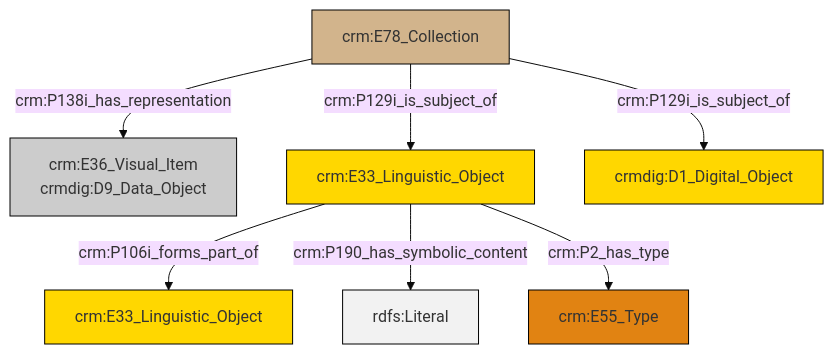
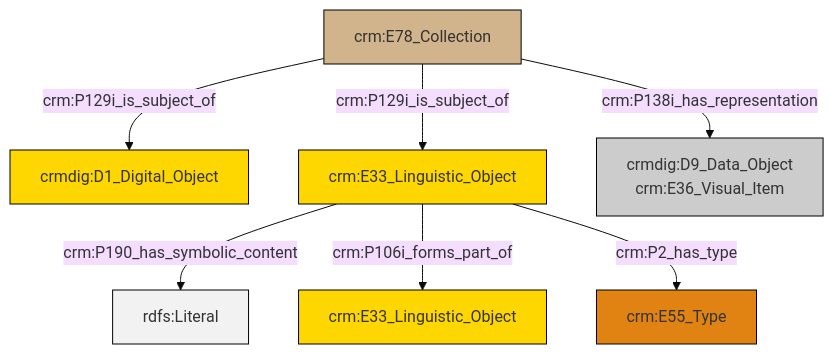
One commit to swiss-art-research-net/docs.swissartresearch changed the diagram in et/archivalCSV/ttl/mmd/archival_docs.ttl.mmd. Above: the diagram before and after it, drawn with Mermaid (base theme). The commit also changed 172 other files, not shown here.

```diff
--- a/et/archivalCSV/ttl/mmd/archival_docs.ttl.mmd
+++ b/et/archivalCSV/ttl/mmd/archival_docs.ttl.mmd
@@ -1,21 +1,21 @@
 graph TD
 classDef Literal fill:#f2f2f2,stroke:#000000;
 classDef CRM_Entity fill:#FFFFFF,stroke:#000000;
 classDef Temporal_Entity fill:#00C9E6, stroke:#000000;
 classDef Type fill:#E18312, stroke:#000000;
 classDef Time-Span fill:#2C9C91, stroke:#000000;
 classDef Appellation fill:#FFEB7F, stroke:#000000;
 classDef Place fill:#008836, stroke:#000000;
 classDef Persistent_Item fill:#B266B2, stroke:#000000;
 classDef Conceptual_Object fill:#FFD700, stroke:#000000;
 classDef Physical_Thing fill:#D2B48C, stroke:#000000;
 classDef Actor fill:#f58aad, stroke:#000000;
 classDef PC_Classes fill:#4ce600, stroke:#000000;
 classDef Multi fill:#cccccc,stroke:#000000;
 
-2["crm:E33_Linguistic_Object"]:::Conceptual_Object -->|crm:P106i_forms_part_of| 3["crm:E33_Linguistic_Object"]:::Conceptual_Object
-7["crm:E78_Collection"]:::Physical_Thing -->|crm:P129i_is_subject_of| 2["crm:E33_Linguistic_Object"]:::Conceptual_Object
-7["crm:E78_Collection"]:::Physical_Thing -->|crm:P138i_has_representation| 0["crm:E36_Visual_Item<br>crmdig:D9_Data_Object"]:::Multi
-2["crm:E33_Linguistic_Object"]:::Conceptual_Object -->|crm:P190_has_symbolic_content| 10[rdfs:Literal]:::Literal
-2["crm:E33_Linguistic_Object"]:::Conceptual_Object -->|crm:P2_has_type| 5["crm:E55_Type"]:::Type
-7["crm:E78_Collection"]:::Physical_Thing -->|crm:P129i_is_subject_of| 11["crmdig:D1_Digital_Object"]:::Conceptual_Object
+0["crm:E78_Collection"]:::Physical_Thing -->|crm:P129i_is_subject_of| 1["crmdig:D1_Digital_Object"]:::Conceptual_Object
+2["crm:E33_Linguistic_Object"]:::Conceptual_Object -->|crm:P190_has_symbolic_content| 3[rdfs:Literal]:::Literal
+0["crm:E78_Collection"]:::Physical_Thing -->|crm:P129i_is_subject_of| 2["crm:E33_Linguistic_Object"]:::Conceptual_Object
+2["crm:E33_Linguistic_Object"]:::Conceptual_Object -->|crm:P106i_forms_part_of| 7["crm:E33_Linguistic_Object"]:::Conceptual_Object
+0["crm:E78_Collection"]:::Physical_Thing -->|crm:P138i_has_representation| 5["crmdig:D9_Data_Object<br>crm:E36_Visual_Item"]:::Multi
+2["crm:E33_Linguistic_Object"]:::Conceptual_Object -->|crm:P2_has_type| 11["crm:E55_Type"]:::Type
```
